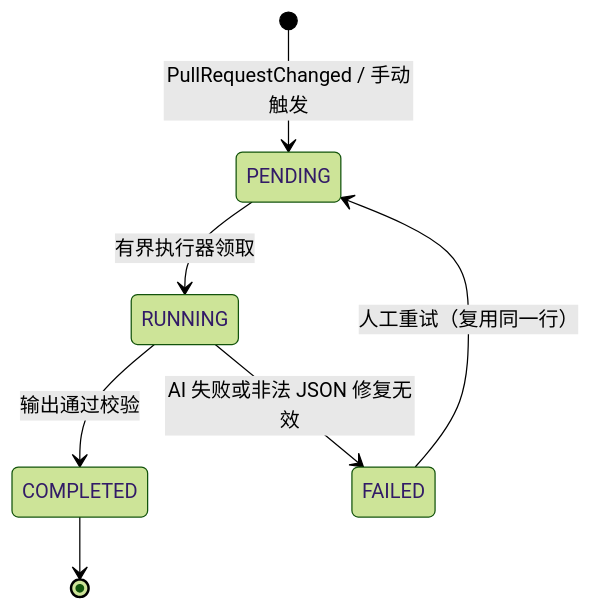
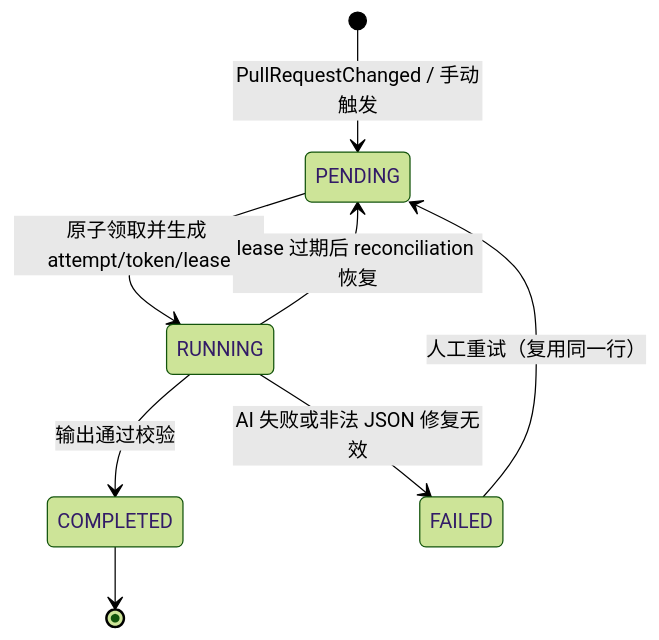
One commit to LinYsssss/ForgePilot changed the second of 3 diagrams in docs/v2/ARCHITECTURE.md. Above: the diagram before and after it, drawn with Mermaid (forest theme). The commit also changed other lines of this file and 25 other files, not shown here.

````diff
--- a/docs/v2/ARCHITECTURE.md
+++ b/docs/v2/ARCHITECTURE.md
@@ -176,9 +286,10 @@
 ```mermaid
 stateDiagram-v2
     [*] --> PENDING: PullRequestChanged / 手动触发
-    PENDING --> RUNNING: 有界执行器领取
+    PENDING --> RUNNING: 原子领取并生成 attempt/token/lease
     RUNNING --> COMPLETED: 输出通过校验
     RUNNING --> FAILED: AI 失败或非法 JSON 修复无效
     FAILED --> PENDING: 人工重试（复用同一行）
+    RUNNING --> PENDING: lease 过期后 reconciliation 恢复
     COMPLETED --> [*]
 ```
````
